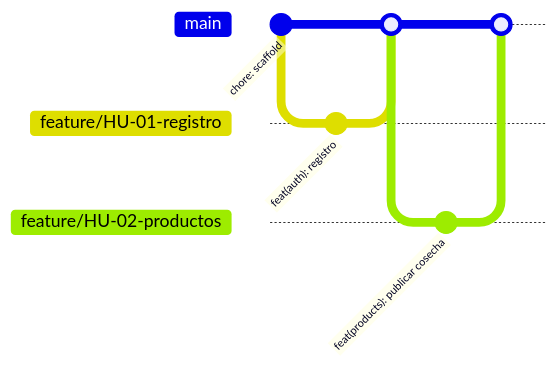
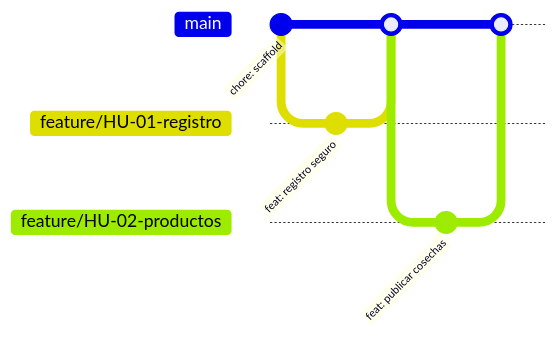
One commit to santixit/agrovalle-connect changed the diagram in README.md. Above: the diagram before and after it, drawn with Mermaid. The commit also changed other lines of this file and 6 other files, not shown here.

````diff
--- a/README.md
+++ b/README.md
@@ -30,14 +136,14 @@
 ```mermaid
 gitGraph
    commit id: "chore: scaffold"
    branch feature/HU-01-registro
    checkout feature/HU-01-registro
-   commit id: "feat(auth): registro"
+   commit id: "feat: registro seguro"
    checkout main
    merge feature/HU-01-registro
    branch feature/HU-02-productos
    checkout feature/HU-02-productos
-   commit id: "feat(products): publicar cosecha"
+   commit id: "feat: publicar cosechas"
    checkout main
    merge feature/HU-02-productos
 ```
````
